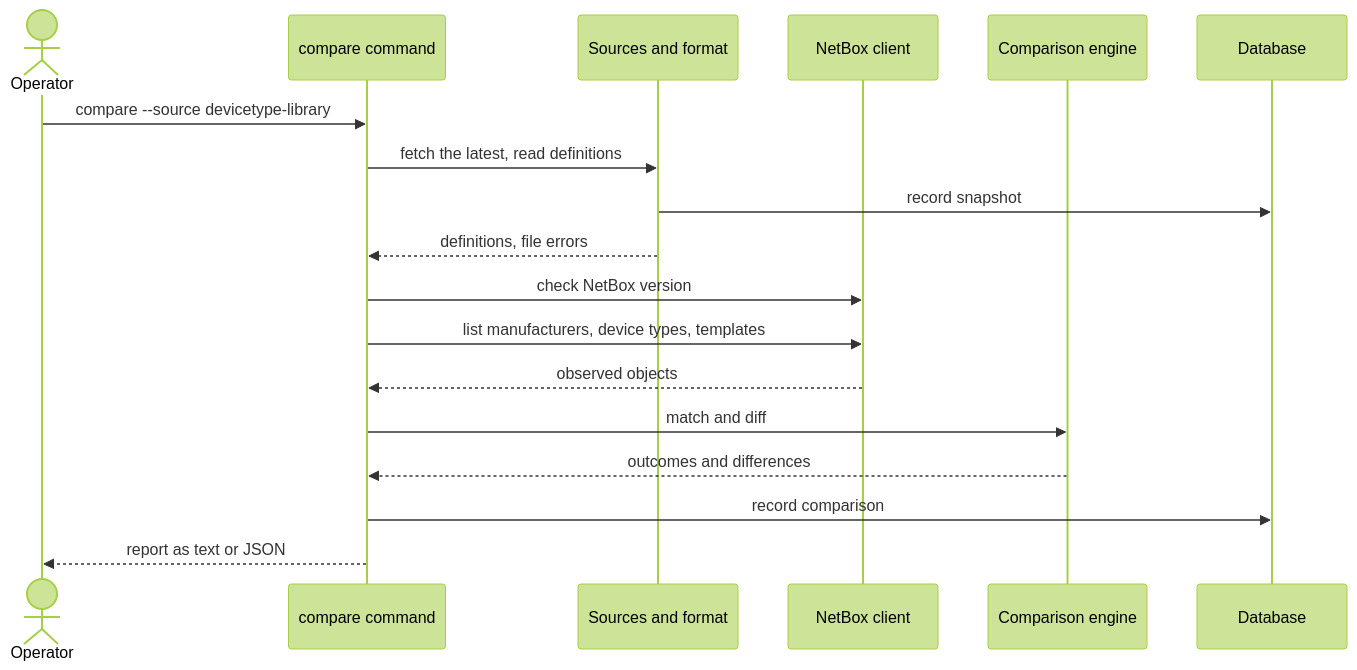
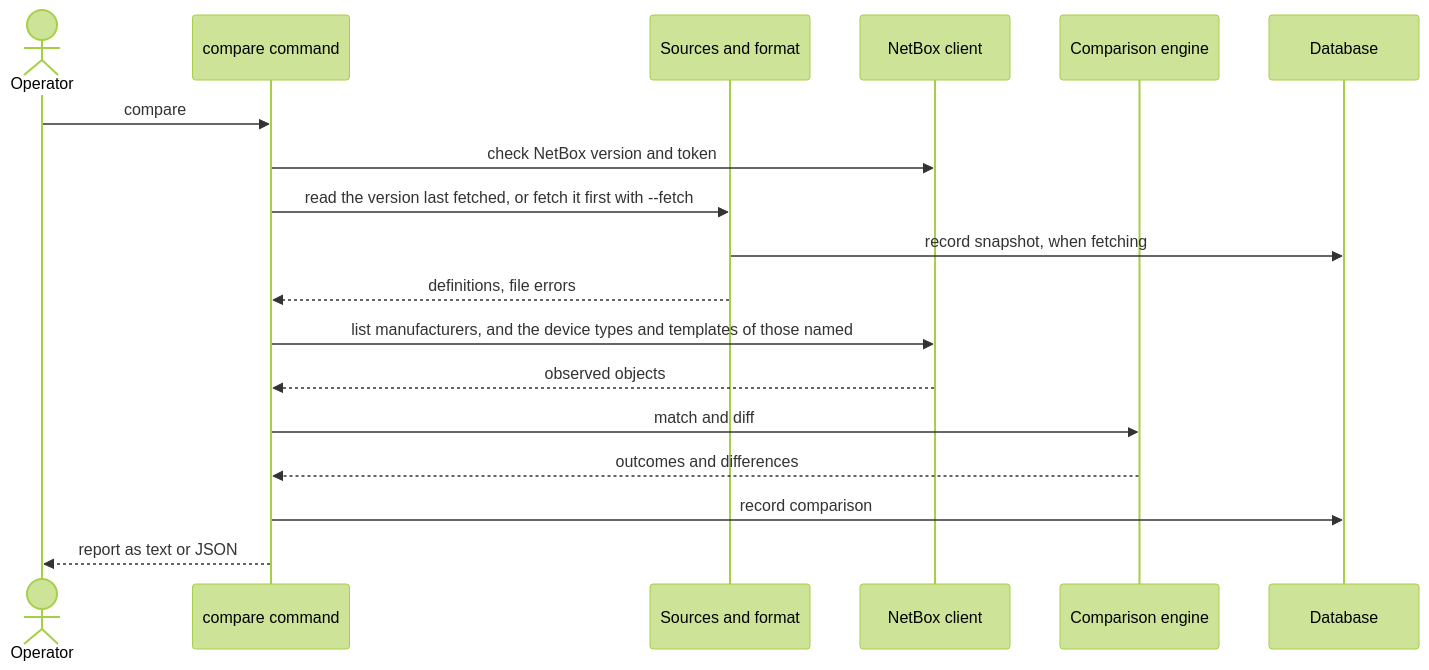
Before and after one commit to zeddD1abl0/netbox-trueup-ai: the third of 10 diagrams in docs/architecture.md, drawn with Mermaid (forest theme). The commit also changed other lines of this file and 58 other files, not shown here.

````diff
--- a/docs/architecture.md
+++ b/docs/architecture.md
@@ -144,21 +144,21 @@
 ```mermaid
 sequenceDiagram
     actor Op as Operator
     participant CLI as compare command
     participant Src as Sources and format
     participant NB as NetBox client
     participant Cmp as Comparison engine
     participant DB as Database
 
-    Op->>CLI: compare --source devicetype-library
-    CLI->>Src: fetch the latest, read definitions
-    Src->>DB: record snapshot
+    Op->>CLI: compare
+    CLI->>NB: check NetBox version and token
+    CLI->>Src: read the version last fetched, or fetch it first with --fetch
+    Src->>DB: record snapshot, when fetching
     Src-->>CLI: definitions, file errors
-    CLI->>NB: check NetBox version
-    CLI->>NB: list manufacturers, device types, templates
+    CLI->>NB: list manufacturers, and the device types and templates of those named
     NB-->>CLI: observed objects
     CLI->>Cmp: match and diff
     Cmp-->>CLI: outcomes and differences
     CLI->>DB: record comparison
     CLI-->>Op: report as text or JSON
 ```
````
